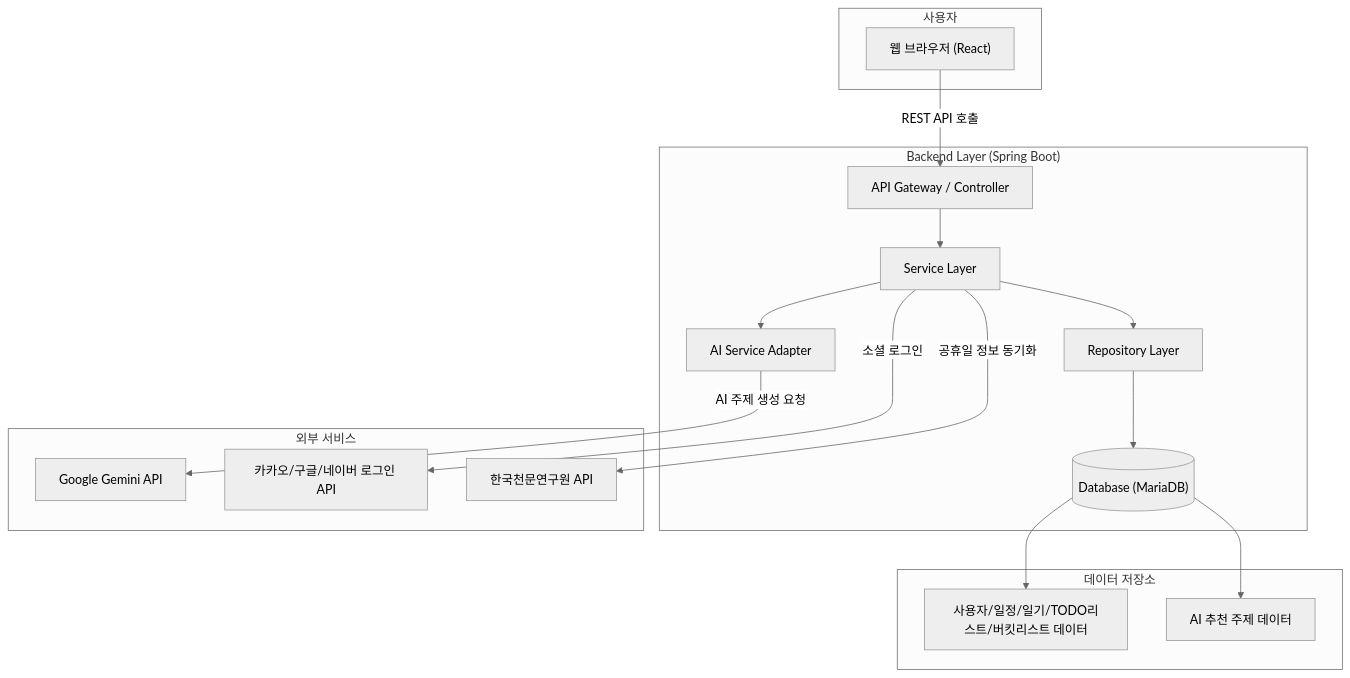
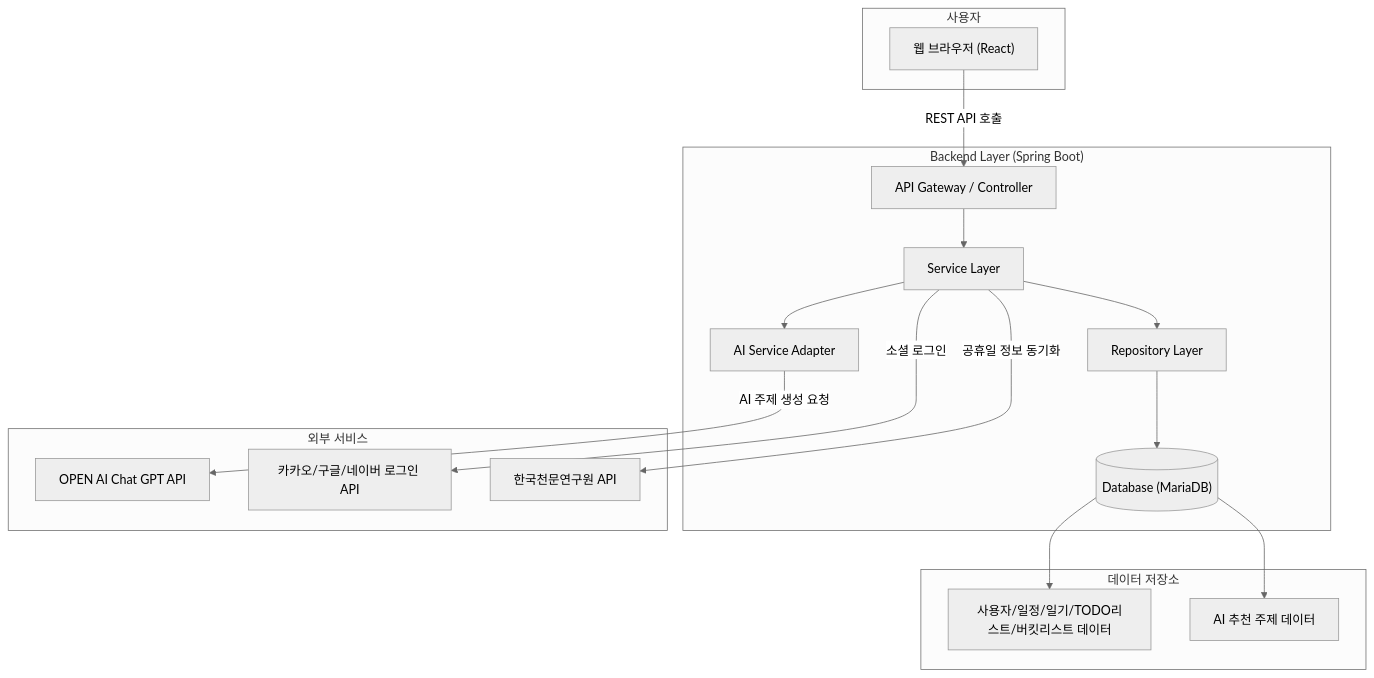
The diagram in 02_Architecture/TropiCal 시스템 아키텍처.md (TJK98/Tropical-docs), drawn with Mermaid (neutral theme) before and after one commit.

Commit message:
[doc] : 시스템 아키텍처 문서 다이어그램 수정
시스템 아키텍처 문서 다이어그램 수정

````diff
--- a/02_Architecture/TropiCal 시스템 아키텍처.md
+++ b/02_Architecture/TropiCal 시스템 아키텍처.md
@@ -49,42 +49,42 @@
 ```mermaid
 flowchart TD
     subgraph User["사용자"]
         A["웹 브라우저 (React)"]
     end
 
     subgraph Backend["Backend Layer (Spring Boot)"]
         B["API Gateway / Controller"]
         C["Service Layer"]
         D["Repository Layer"]
         E[("Database (MariaDB)")]
         F["AI Service Adapter"]
     end
 
     subgraph ExternalServices["외부 서비스"]
-        G["Google Gemini API"]
+        G["OPEN AI Chat GPT API"]
         H["카카오/구글/네이버 로그인 API"]
         I["한국천문연구원 API"]
     end
     
     subgraph DataStorage["데이터 저장소"]
         J["사용자/일정/일기/TODO리스트/버킷리스트 데이터"]
         K["AI 추천 주제 데이터"]
     end
 
     %% 연결 구조
     A -->|"REST API 호출"| B
     
     B --> C
     C --> D
     D --> E
     
     C --> F
     F -->|"AI 주제 생성 요청"| G
     
     C -->|"소셜 로그인"| H
     C -->|"공휴일 정보 동기화"| I
 
     %% DB -> 저장 데이터 연결
     E --> J
     E --> K
 ```
````
